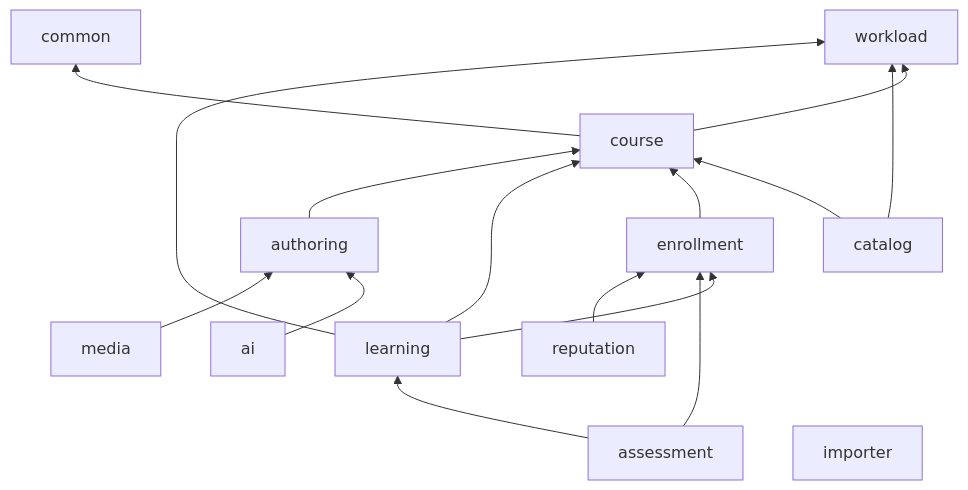
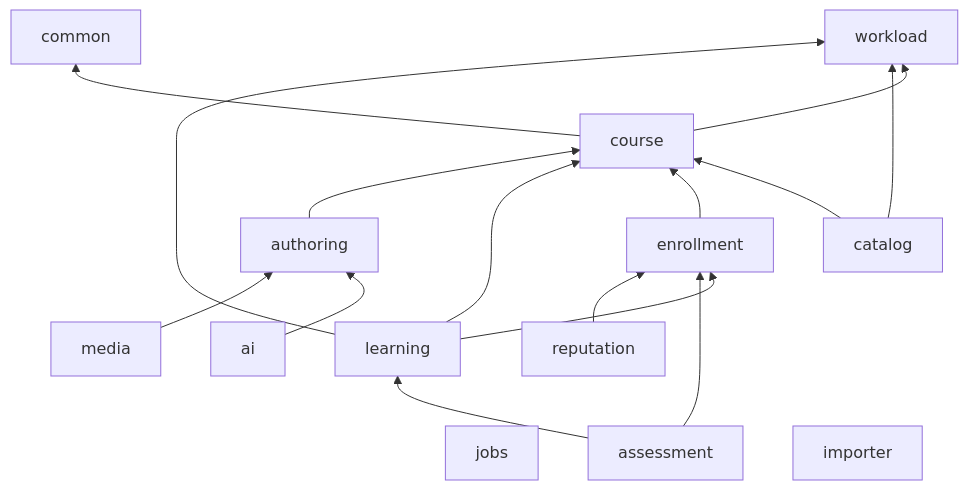
One commit to wasichai/elearning-backend changed the second of 3 diagrams in docs/architecture/overview.md. Above: the diagram before and after it, drawn with Mermaid. The commit also changed other lines of this file and 7 other files, not shown here.

````diff
--- a/docs/architecture/overview.md
+++ b/docs/architecture/overview.md
@@ -111,20 +113,21 @@
 ```mermaid
 flowchart BT
     common
     workload
+    jobs
     course --> common
     course --> workload
     catalog --> course
     catalog --> workload
     enrollment --> course
     learning --> enrollment
     learning --> course
     learning --> workload
     assessment --> learning
     assessment --> enrollment
     authoring --> course
     importer
     ai --> authoring
     media --> authoring
     reputation --> enrollment
 ```
````
